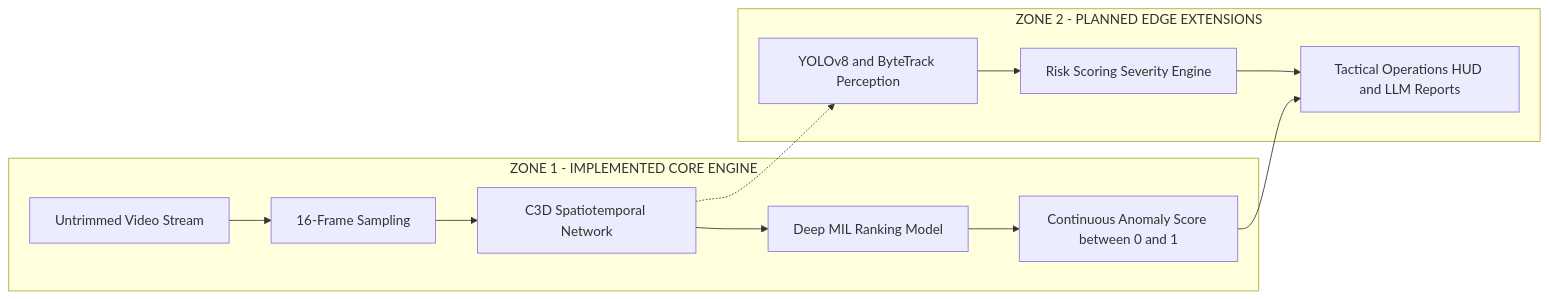
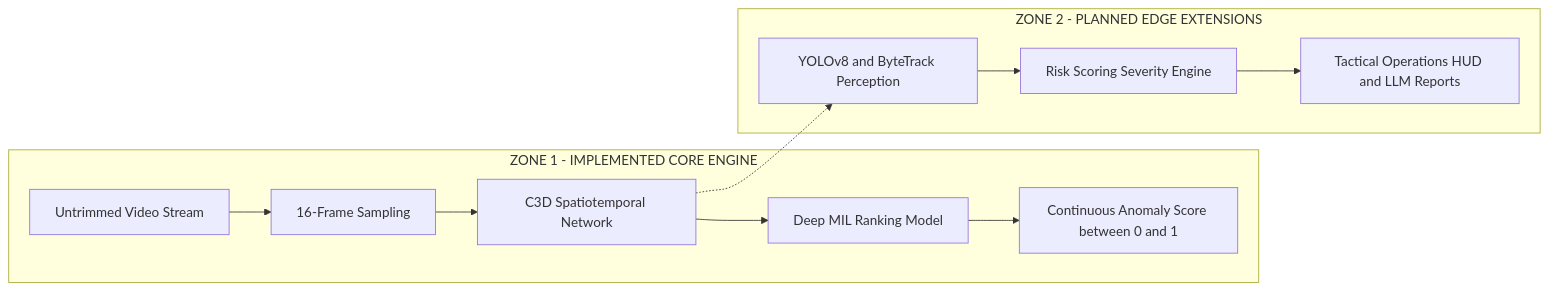
One commit to kirancube/SentinelAIX changed the third of 13 diagrams in README.md. Above: the diagram before and after it, drawn with Mermaid. The commit also changed other lines of this file and 6 other files, not shown here.

Commit message:
feat(world-model): implement SLWM spatiotemporal world model, multi-dataset benchmarks, and SentinelWorld-VAD hybrid architecture

````diff
--- a/README.md
+++ b/README.md
@@ -107,17 +108,15 @@
 ```mermaid
 flowchart LR
     subgraph ZONE1["ZONE 1 - IMPLEMENTED CORE ENGINE"]
         INP["Untrimmed Video Stream"] --> PRE["16-Frame Sampling"]
         PRE --> FEAT["C3D Spatiotemporal Network"]
         FEAT --> RANK["Deep MIL Ranking Model"]
         RANK --> SCOR["Continuous Anomaly Score between 0 and 1"]
     end
 
     subgraph ZONE2["ZONE 2 - PLANNED EDGE EXTENSIONS"]
         FEAT -.-> OBJ["YOLOv8 and ByteTrack Perception"]
         OBJ --> SEV["Risk Scoring Severity Engine"]
         SEV --> HUD["Tactical Operations HUD and LLM Reports"]
     end
-
-    SCOR --> HUD
 ```
````
